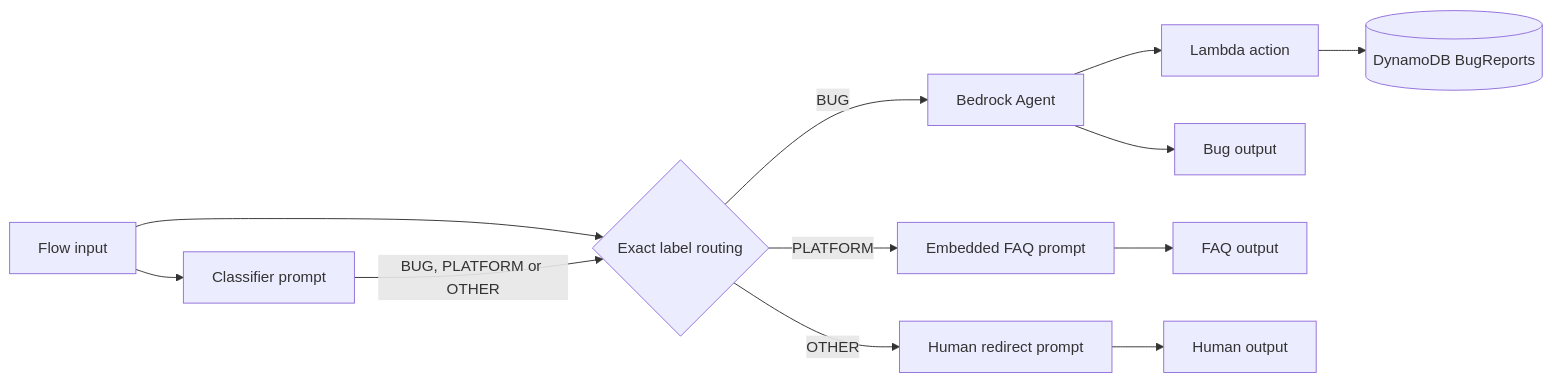
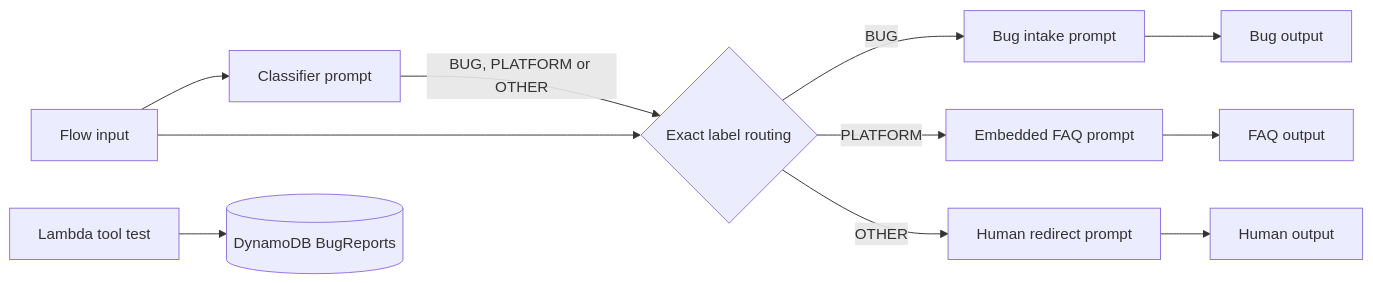
The diagram in README.md (himanshu748/customer-support-chatbot-amazon-bedrock-flows), drawn with Mermaid before and after one commit. The commit also changed other lines of this file and 6 other files, not shown here.

Commit message:
fix: replace unavailable agent path with prompt flow

````diff
--- a/README.md
+++ b/README.md
@@ -13,14 +13,13 @@
 ```mermaid
 flowchart LR
     I["Flow input"] --> C["Classifier prompt"]
     I --> R{"Exact label routing"}
     C -->|"BUG, PLATFORM or OTHER"| R
-    R -->|"BUG"| A["Bedrock Agent"]
-    A --> L["Lambda action"]
-    L --> D[("DynamoDB BugReports")]
-    A --> BO["Bug output"]
+    R -->|"BUG"| B["Bug intake prompt"]
+    B --> BO["Bug output"]
     R -->|"PLATFORM"| F["Embedded FAQ prompt"]
     F --> FO["FAQ output"]
     R -->|"OTHER"| H["Human redirect prompt"]
     H --> HO["Human output"]
+    L["Lambda tool test"] --> D[("DynamoDB BugReports")]
 ```
````
